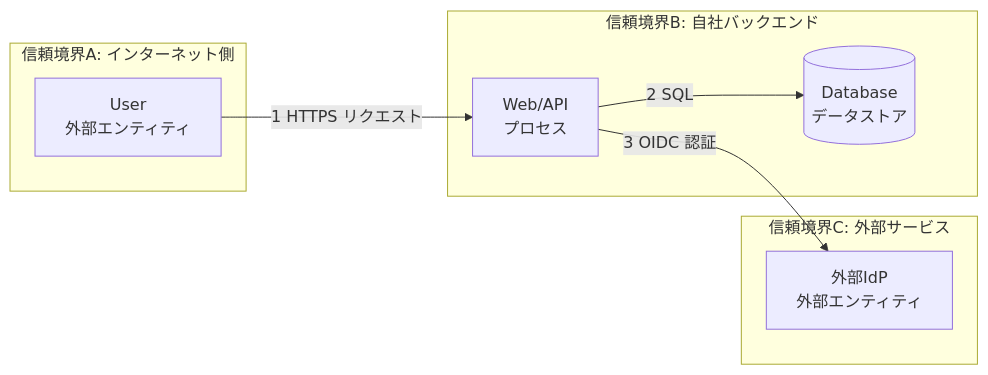
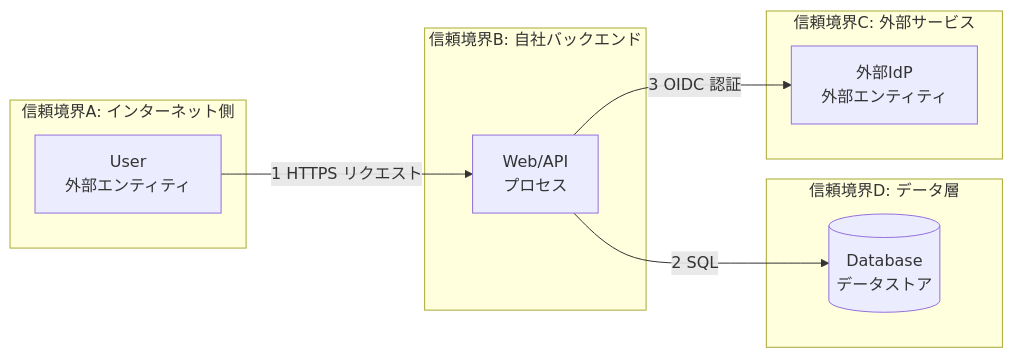
One commit to myoshi2891/Security_Studies changed the second of 9 diagrams in Threat-modeling-shostack-guide.md. Above: the diagram before and after it, drawn with Mermaid. The commit also changed 1 other file, not shown here.

Commit message:
docs(threat-modeling): isolate database in data layer trust boundary TB4 in DFD diagram

````diff
--- a/Threat-modeling-shostack-guide.md
+++ b/Threat-modeling-shostack-guide.md
@@ -231,17 +231,19 @@
 ```mermaid
 flowchart LR
     U["User<br/>外部エンティティ"]
     subgraph TB1["信頼境界A: インターネット側"]
         U
     end
     subgraph TB2["信頼境界B: 自社バックエンド"]
         W["Web/API<br/>プロセス"]
+    end
+    subgraph TB4["信頼境界D: データ層"]
         DB[("Database<br/>データストア")]
     end
     subgraph TB3["信頼境界C: 外部サービス"]
         IDP["外部IdP<br/>外部エンティティ"]
     end
     U -->|"1 HTTPS リクエスト"| W
     W -->|"2 SQL"| DB
     W -->|"3 OIDC 認証"| IDP
 ```
````
